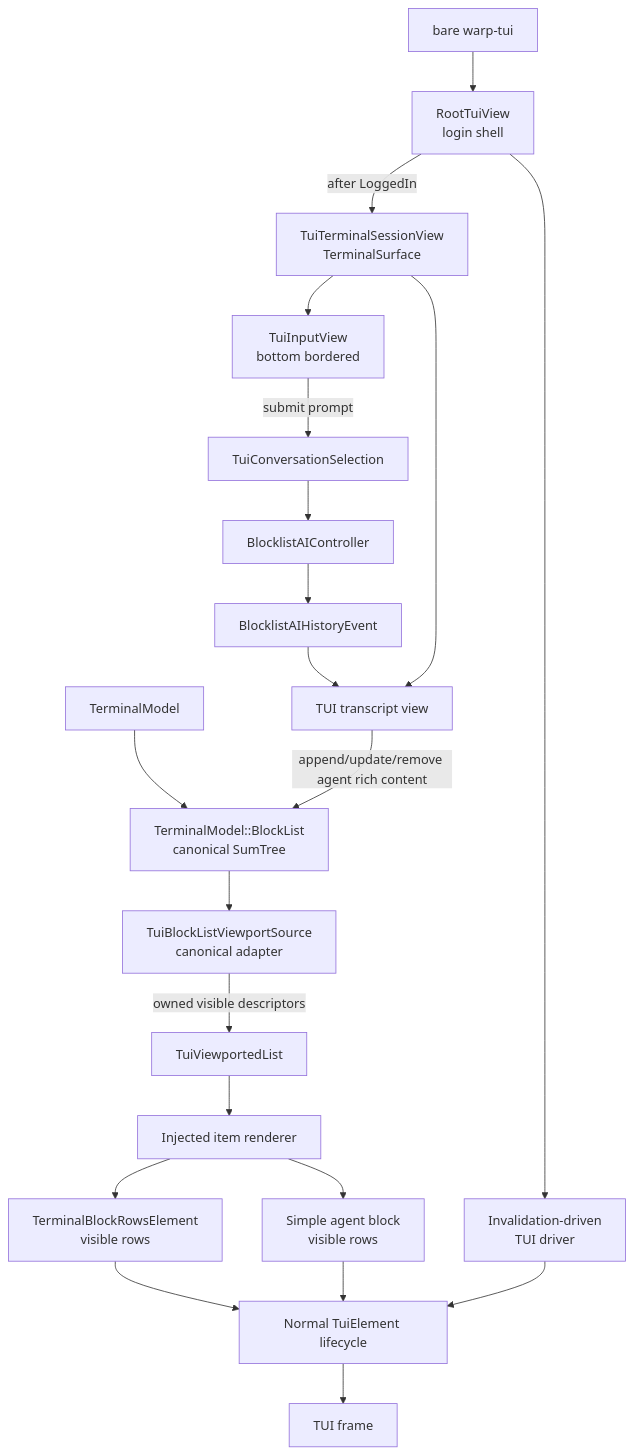
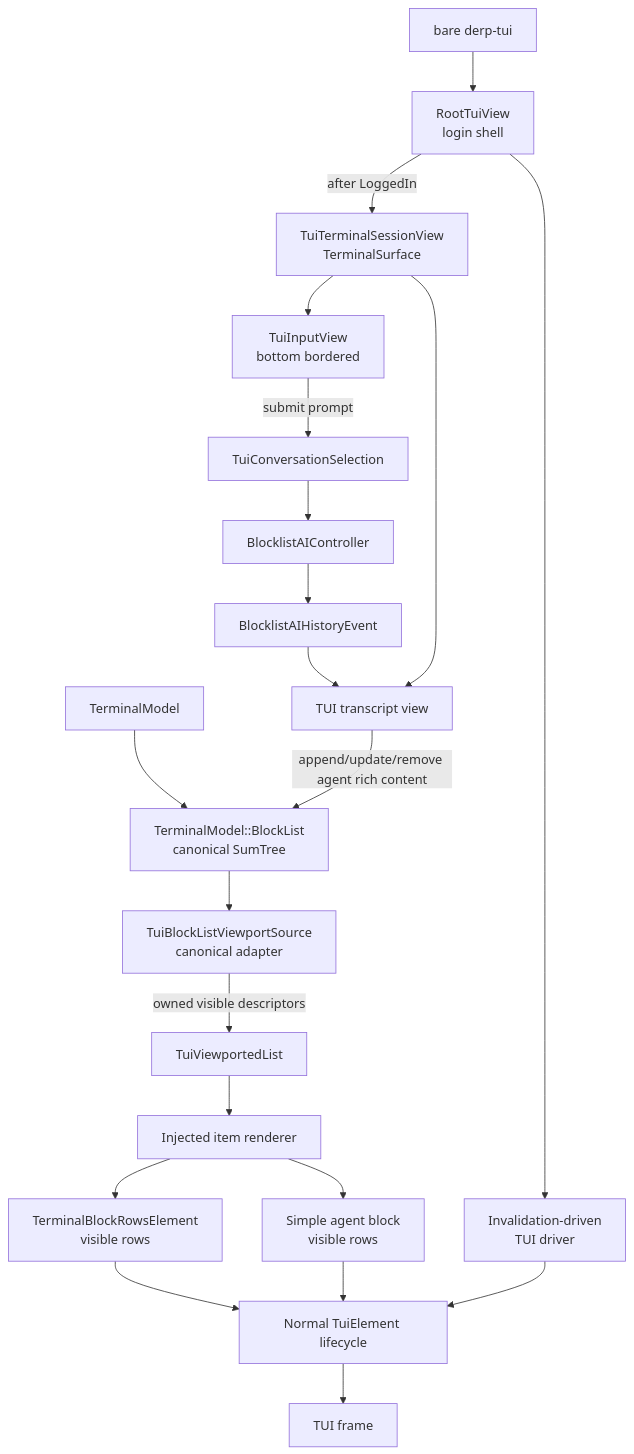
One commit to antikrust/krust-terminal changed the diagram in specs/tui-transcript-view/TECH.md. Above: the diagram before and after it, drawn with Mermaid. The commit also changed other lines of this file and 9069 other files, not shown here.

First line of the commit message:
Rebrand Warp -> Derp; vendor and disconnect all external deps

````diff
--- a/specs/tui-transcript-view/TECH.md
+++ b/specs/tui-transcript-view/TECH.md
@@ -129,23 +129,23 @@
 ```mermaid
 flowchart TD
-  Init["bare warp-tui"] --> Root["RootTuiView<br/>login shell"]
+  Init["bare derp-tui"] --> Root["RootTuiView<br/>login shell"]
   Root --> Driver["Invalidation-driven<br/>TUI driver"]
   Root -->|after LoggedIn| Session["TuiTerminalSessionView<br/>TerminalSurface"]
   Session --> Input["TuiInputView<br/>bottom bordered"]
   Input -->|submit prompt| Selection["TuiConversationSelection"]
   Selection --> Controller["BlocklistAIController"]
   Controller --> History
   History["BlocklistAIHistoryEvent"] --> Transcript["TUI transcript view"]
   Session --> Transcript
   TerminalModel --> BlockList["TerminalModel::BlockList<br/>canonical SumTree"]
   Transcript -->|append/update/remove agent rich content| BlockList
   BlockList --> Index["TuiBlockListViewportSource<br/>canonical adapter"]
   Index -->|owned visible descriptors| Viewport["TuiViewportedList"]
   Viewport --> Render["Injected item renderer"]
   Render --> Terminal["TerminalBlockRowsElement<br/>visible rows"]
   Render --> Agent["Simple agent block<br/>visible rows"]
   Terminal --> Presenter["Normal TuiElement lifecycle"]
   Agent --> Presenter
   Presenter --> Frame["TUI frame"]
   Driver --> Presenter
 ```
````
